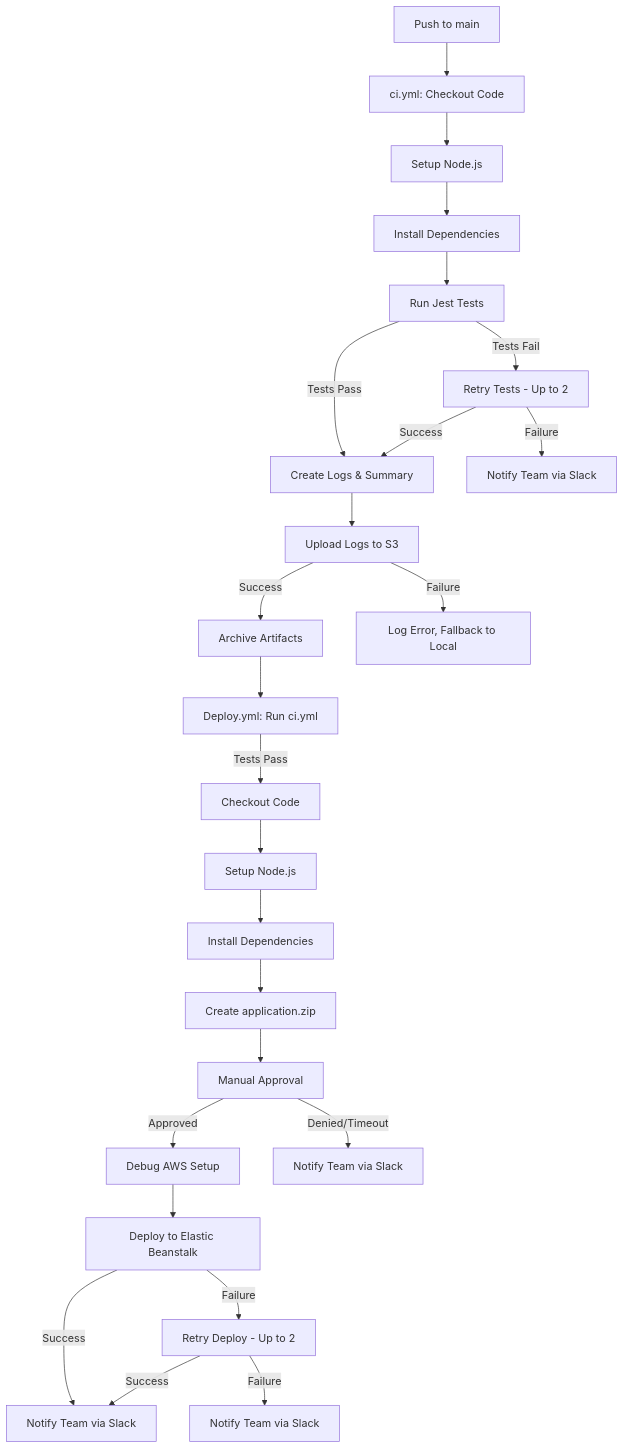
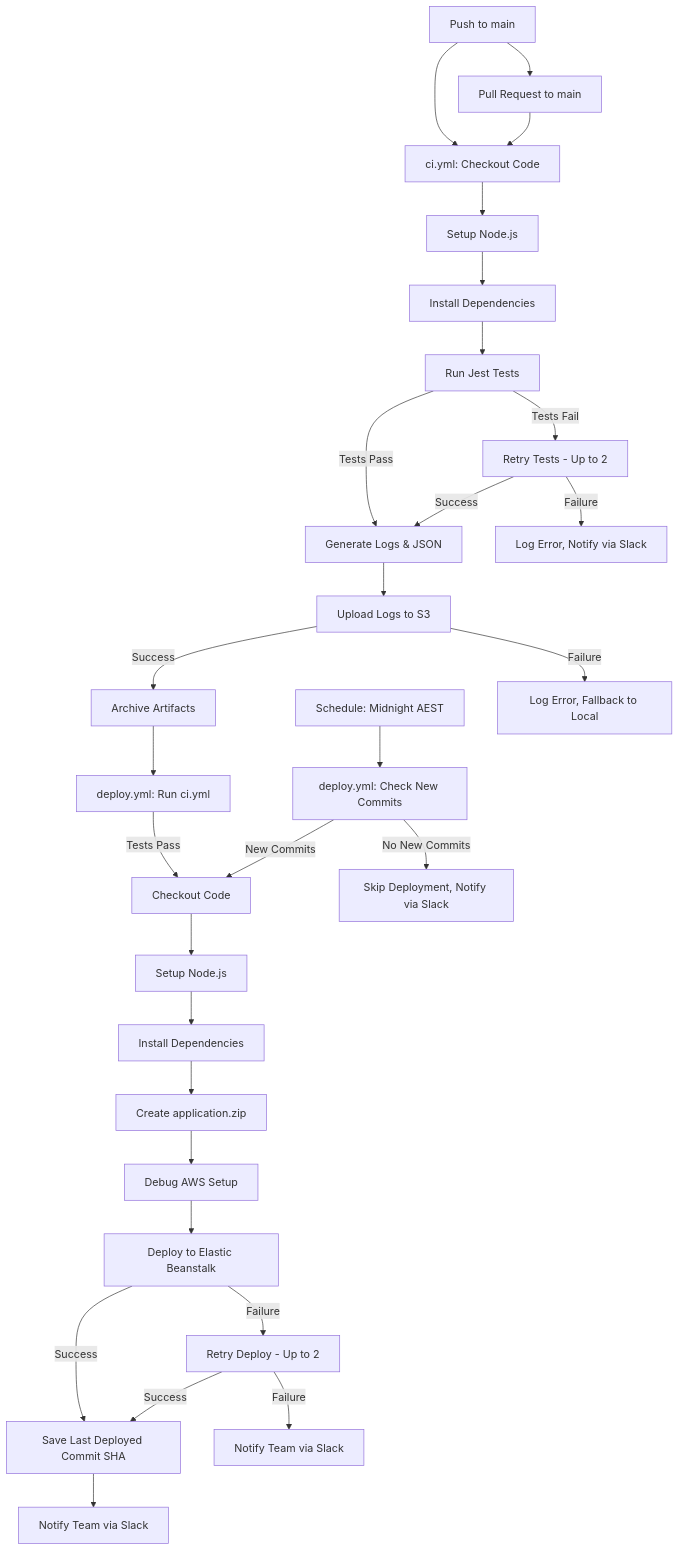
One commit to Evan-Codes88/CI-CD-api changed the first of 3 diagrams in README.md. Above: the diagram before and after it, drawn with Mermaid. The commit also changed other lines of this file and 2 other files, not shown here.

Commit message:
Feat: Fixing README.md and adding extra triggers for deployment

````diff
--- a/README.md
+++ b/README.md
@@ -263,27 +61,31 @@
 ```mermaid
 graph TD
     A[Push to main] --> B[ci.yml: Checkout Code]
-    B --> C[Setup Node.js]
-    C --> D[Install Dependencies]
-    D --> E[Run Jest Tests]
-    E -->|Tests Pass| F[Create Logs & Summary]
-    E -->|Tests Fail| G[Retry Tests - Up to 2]
-    G -->|Success| F
-    G -->|Failure| H[Notify Team via Slack]
-    F --> I[Upload Logs to S3]
-    I -->|Success| J[Archive Artifacts]
-    I -->|Failure| K[Log Error, Fallback to Local]
-    J --> L[Deploy.yml: Run ci.yml]
-    L -->|Tests Pass| M[Checkout Code]
-    M --> N[Setup Node.js]
-    N --> O[Install Dependencies]
-    O --> P[Create application.zip]
-    P --> Q[Manual Approval]
-    Q -->|Approved| R[Debug AWS Setup]
-    Q -->|Denied/Timeout| S[Notify Team via Slack]
-    R --> T[Deploy to Elastic Beanstalk]
-    T -->|Success| U[Notify Team via Slack]
-    T -->|Failure| V[Retry Deploy - Up to 2]
-    V -->|Success| U
-    V -->|Failure| W[Notify Team via Slack]
+    A --> C[Pull Request to main]
+    C --> B
+    D[Schedule: Midnight AEST] --> E[deploy.yml: Check New Commits]
+    B --> F[Setup Node.js]
+    F --> G[Install Dependencies]
+    G --> H[Run Jest Tests]
+    H -->|Tests Pass| I[Generate Logs & JSON]
+    H -->|Tests Fail| J[Retry Tests - Up to 2]
+    J -->|Success| I
+    J -->|Failure| K[Log Error, Notify via Slack]
+    I --> L[Upload Logs to S3]
+    L -->|Success| M[Archive Artifacts]
+    L -->|Failure| N[Log Error, Fallback to Local]
+    M --> O[deploy.yml: Run ci.yml]
+    O -->|Tests Pass| P[Checkout Code]
+    P --> Q[Setup Node.js]
+    Q --> R[Install Dependencies]
+    R --> S[Create application.zip]
+    S --> T[Debug AWS Setup]
+    T --> U[Deploy to Elastic Beanstalk]
+    U -->|Success| V[Save Last Deployed Commit SHA]
+    V --> W[Notify Team via Slack]
+    U -->|Failure| X[Retry Deploy - Up to 2]
+    X -->|Success| V
+    X -->|Failure| Y[Notify Team via Slack]
+    E -->|New Commits| P
+    E -->|No New Commits| Z[Skip Deployment, Notify via Slack]
 ```
````
